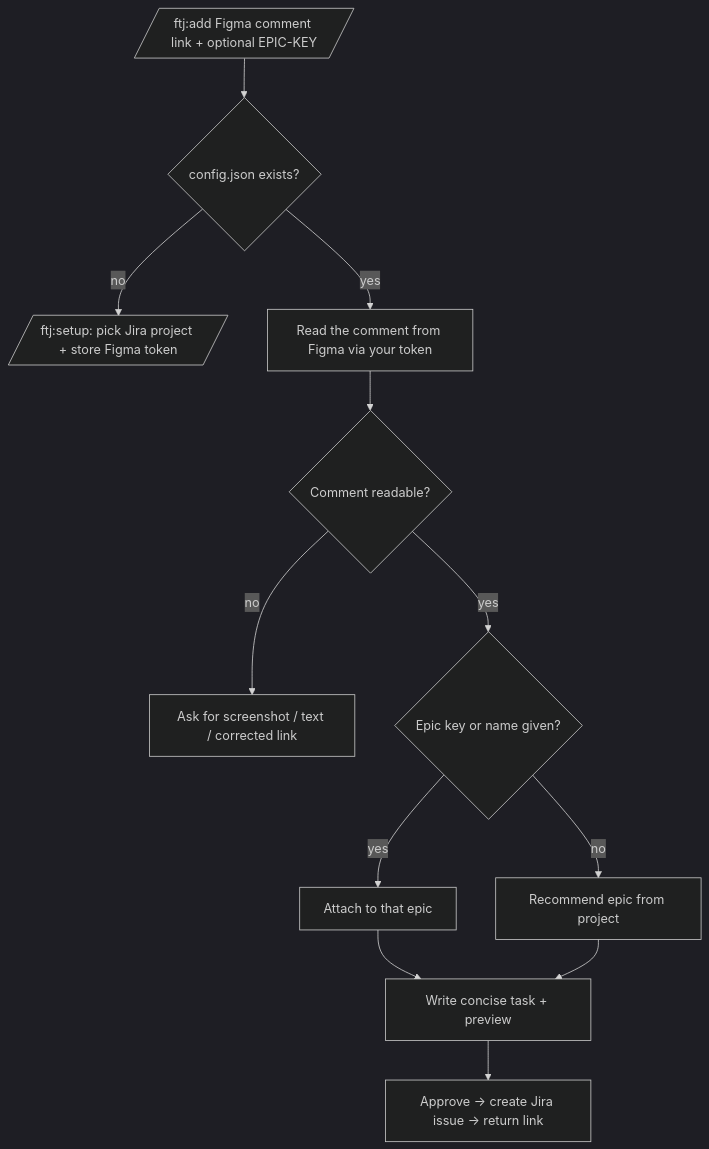
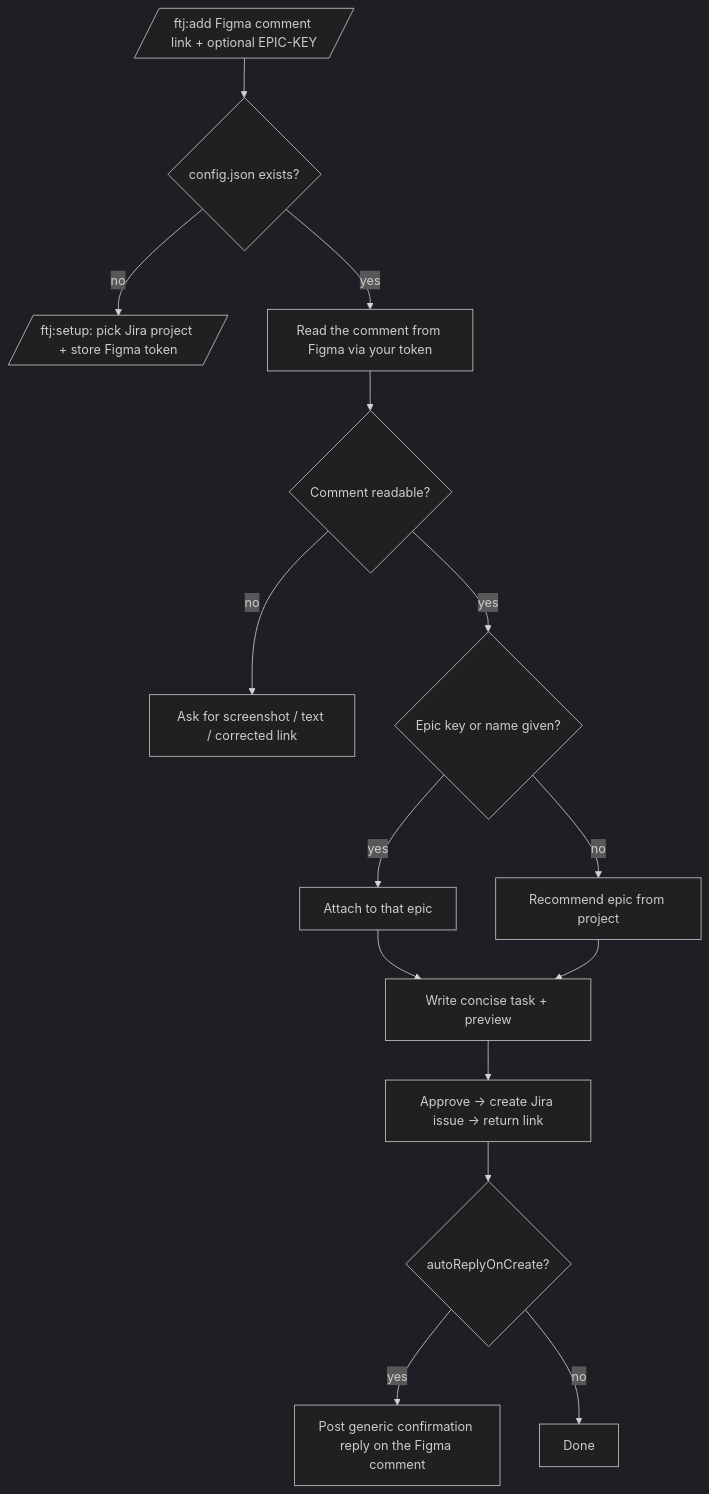
The diagram in README.md (jkurczewski/figma-to-jira), drawn with Mermaid (dark theme) before and after one commit. The commit also changed other lines of this file and 3 other files, not shown here.

First line of the commit message:
feat: v0.4 — optional auto-reply on the Figma comment after task creation

````diff
--- a/README.md
+++ b/README.md
@@ -13,14 +13,17 @@
 ```mermaid
 flowchart TD
     A[/ftj:add Figma comment link + optional EPIC-KEY/] --> B{config.json exists?}
     B -- no --> S[/ftj:setup: pick Jira project + store Figma token/]
     B -- yes --> C[Read the comment from Figma via your token]
     C --> D{Comment readable?}
     D -- no --> E[Ask for screenshot / text / corrected link]
     D -- yes --> F{Epic key or name given?}
     F -- yes --> G[Attach to that epic]
     F -- no --> H[Recommend epic from project]
     G --> I[Write concise task + preview]
     H --> I
     I --> J[Approve → create Jira issue → return link]
+    J --> K{autoReplyOnCreate?}
+    K -- yes --> L[Post generic confirmation reply on the Figma comment]
+    K -- no --> M[Done]
 ```
````
